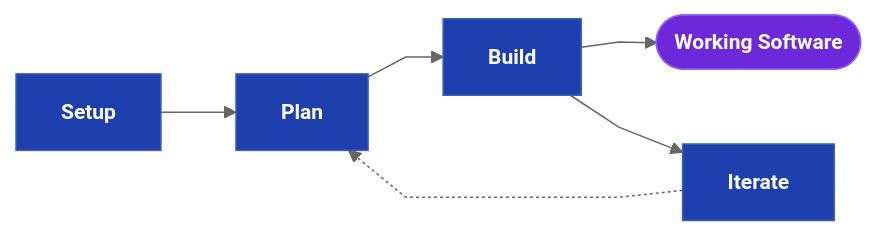
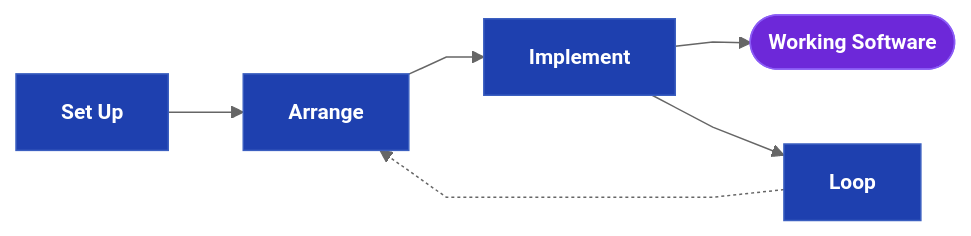
One commit to webcloudstudio/Drydock changed the first of 10 diagrams in docs/Drydock_Specification.md. Above: the diagram before and after it, drawn with Mermaid. The commit also changed other lines of this file and 6 other files, not shown here.

````diff
--- a/docs/Drydock_Specification.md
+++ b/docs/Drydock_Specification.md
@@ -67,16 +63,16 @@
 ```mermaid
 %%{init: {'theme': 'neutral', 'flowchart': {'curve': 'linear'}, 'themeVariables': {'fontSize': '14px'}}}%%
 flowchart LR
   classDef dir    fill:#0a5c38,stroke:#2cb67d,color:#fff,font-weight:bold
   classDef md     fill:#d4a017,stroke:#a07810,color:#111,font-weight:bold
   classDef script fill:#1e40af,stroke:#3b5fc0,color:#fff,font-weight:bold
   classDef prompt fill:#c2410c,stroke:#ea580c,color:#fff,font-weight:bold
   classDef output fill:#6d28d9,stroke:#8b5cf6,color:#fff,font-weight:bold
   classDef web    fill:#be123c,stroke:#fb7185,color:#fff,font-weight:bold
 
-  SETUP["Setup"]:::script --> PLAN["Plan"]:::script
-  PLAN --> BUILD["Build"]:::script
-  BUILD --> SOFTWARE(["Working Software"]):::output
-  BUILD --> ITERATE["Iterate"]:::script
-  ITERATE -.-> PLAN
+  SETUP["Set Up"]:::script --> ARRANGE["Arrange"]:::script
+  ARRANGE --> IMPLEMENT["Implement"]:::script
+  IMPLEMENT --> SOFTWARE(["Working Software"]):::output
+  IMPLEMENT --> LOOP["Loop"]:::script
+  LOOP -.-> ARRANGE
 ```
````
